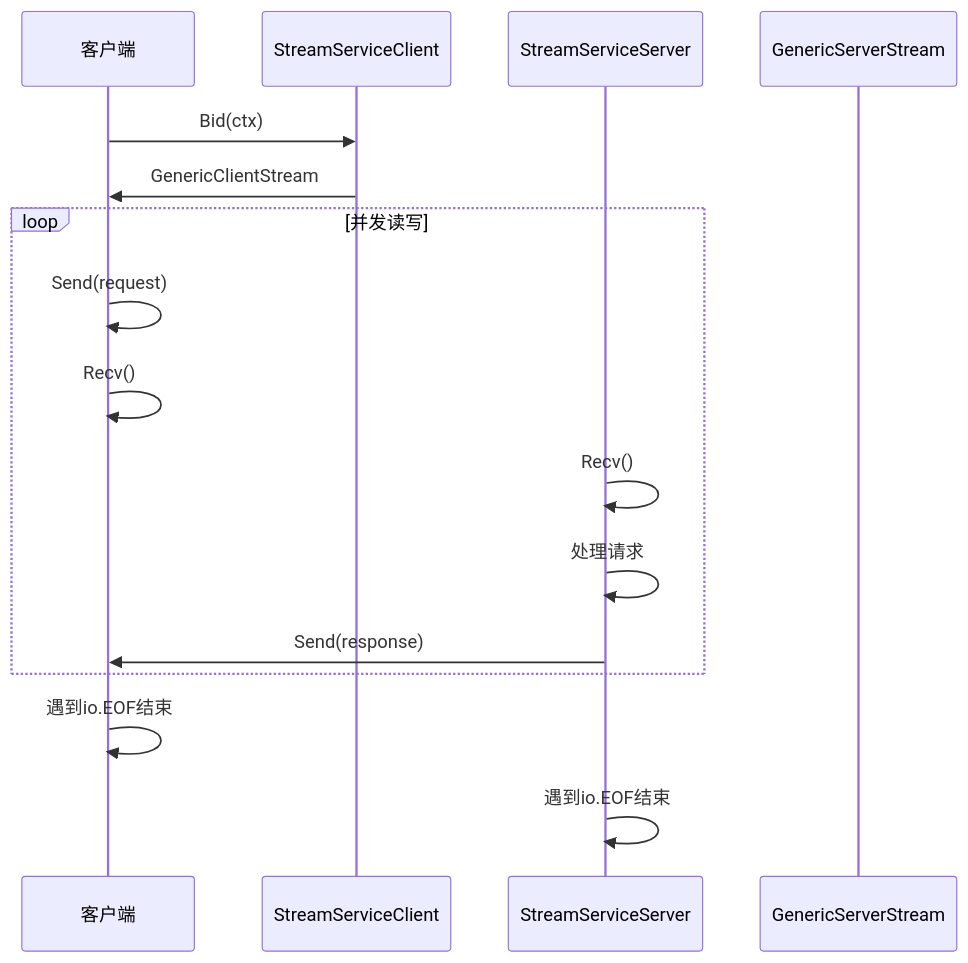
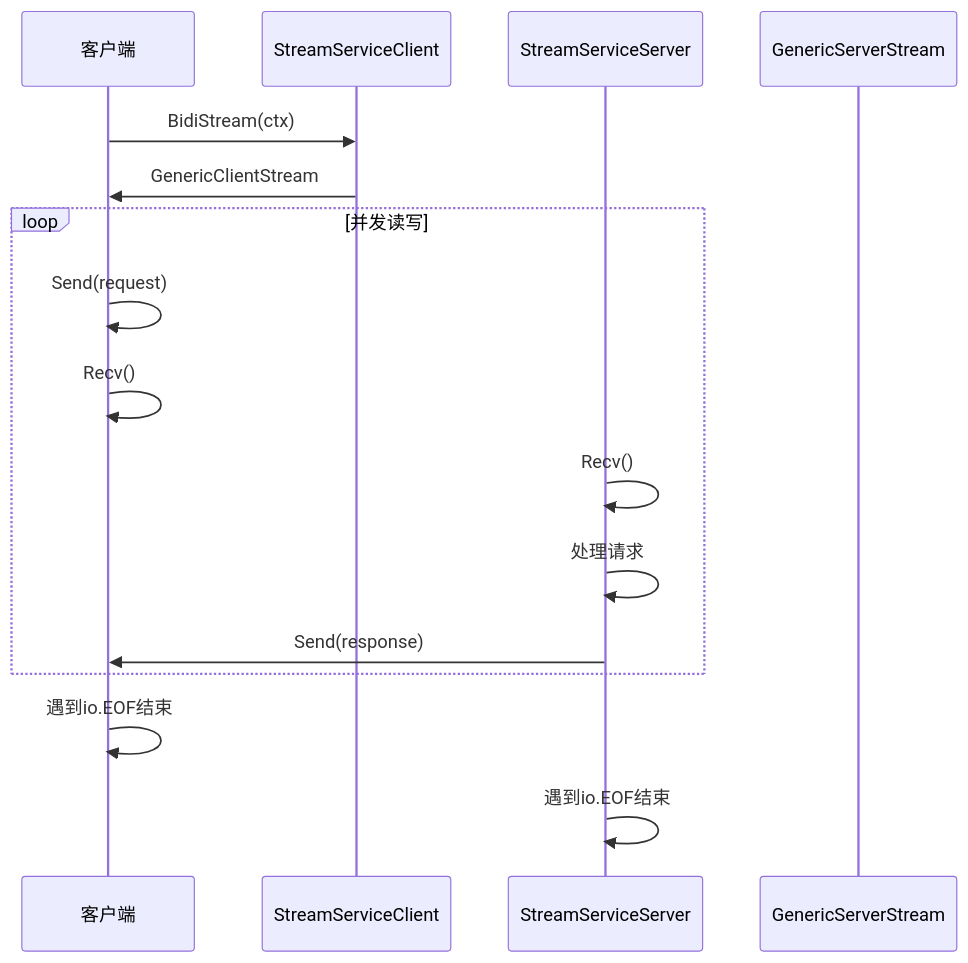
Before and after one commit to soyacen/goose: the ninth of 15 diagrams in .agents/repowiki/zh/content/示例和最佳实践/WebSocket流式系统.md, drawn with Mermaid. The commit also changed other lines of this file and 5 other files, not shown here.

````diff
--- a/.agents/repowiki/zh/content/示例和最佳实践/WebSocket流式系统.md
+++ b/.agents/repowiki/zh/content/示例和最佳实践/WebSocket流式系统.md
@@ -392,18 +403,18 @@
 ```mermaid
 sequenceDiagram
 participant Client as 客户端
 participant Service as StreamServiceClient
 participant Server as StreamServiceServer
 participant Stream as GenericServerStream
-Client->>Service : Bid(ctx)
+Client->>Service : BidiStream(ctx)
 Service->>Client : GenericClientStream
 loop 并发读写
 Client->>Client : Send(request)
 Client->>Client : Recv()
 Server->>Server : Recv()
 Server->>Server : 处理请求
 Server->>Client : Send(response)
 end
 Client->>Client : 遇到io.EOF结束
 Server->>Server : 遇到io.EOF结束
 ```
````
